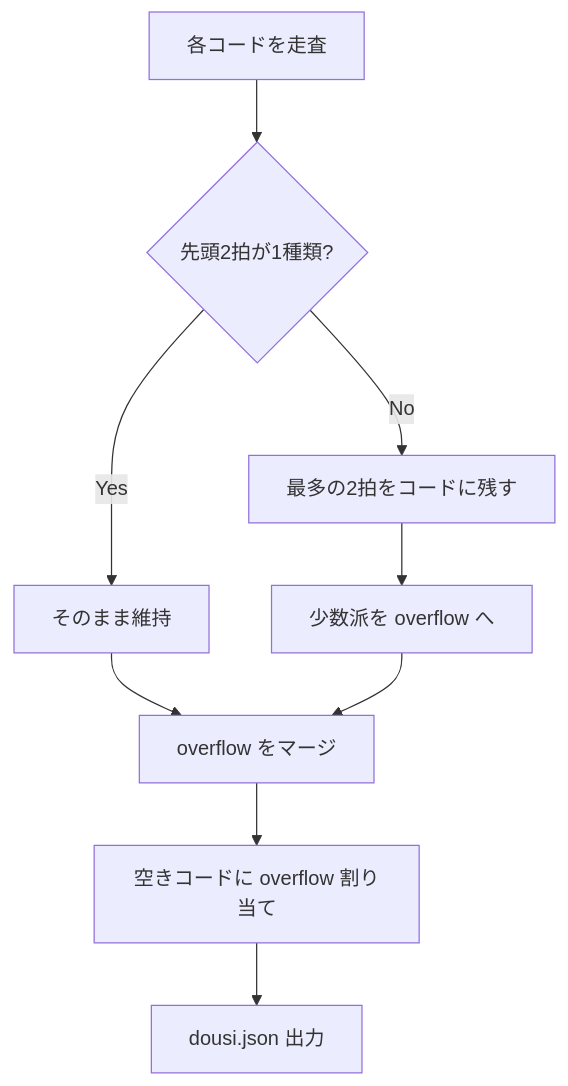
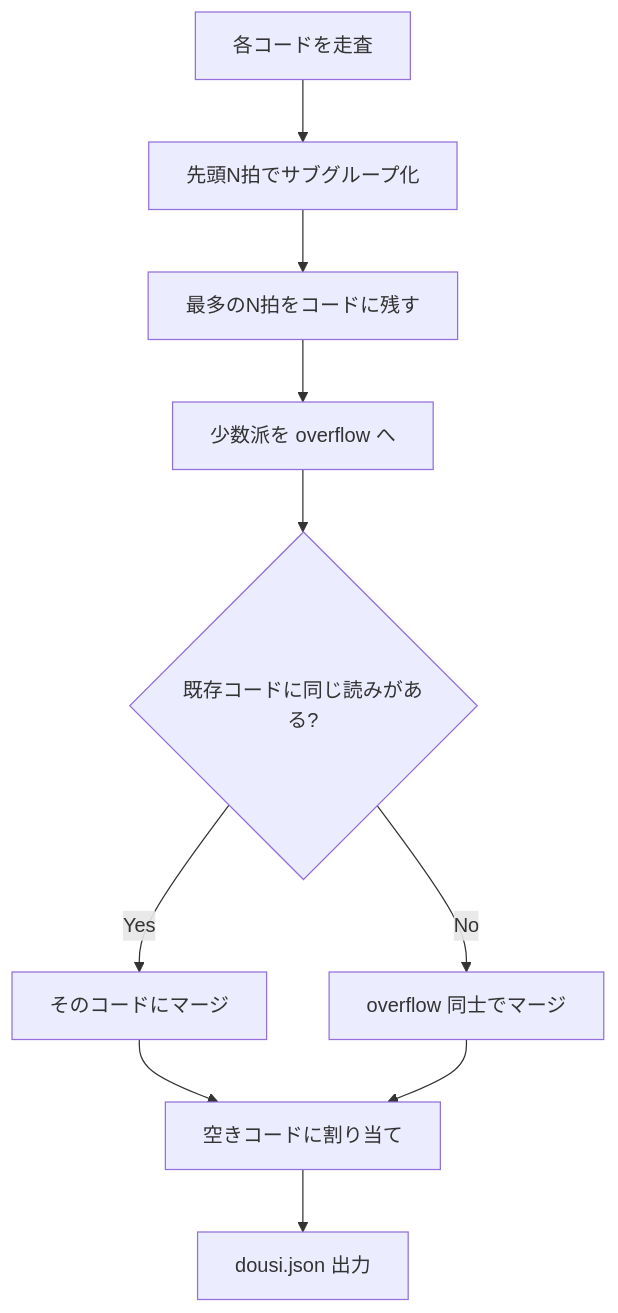
The seventh of 11 diagrams in docs/dictionary-generation.md (amanoese/yukichant), drawn with Mermaid before and after one commit. The commit also changed other lines of this file and 3 other files, not shown here.

````diff
--- a/docs/dictionary-generation.md
+++ b/docs/dictionary-generation.md
@@ -303,11 +305,12 @@
 ```mermaid
 flowchart TD
-    A[各コードを走査] --> B{先頭2拍が1種類?}
-    B -->|Yes| C[そのまま維持]
-    B -->|No| D[最多の2拍をコードに残す]
-    D --> E[少数派を overflow へ]
-    C --> F[overflow をマージ]
-    E --> F
-    F --> G[空きコードに overflow 割り当て]
-    G --> H[dousi.json 出力]
+    A[各コードを走査] --> B[先頭N拍でサブグループ化]
+    B --> C[最多のN拍をコードに残す]
+    C --> D[少数派を overflow へ]
+    D --> E{既存コードに同じ読みがある?}
+    E -->|Yes| F[そのコードにマージ]
+    E -->|No| G[overflow 同士でマージ]
+    F --> H[空きコードに割り当て]
+    G --> H
+    H --> I[dousi.json 出力]
 ```
````
